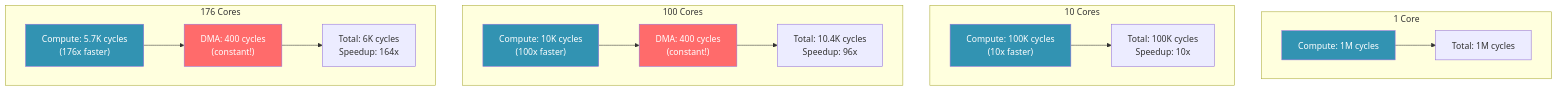
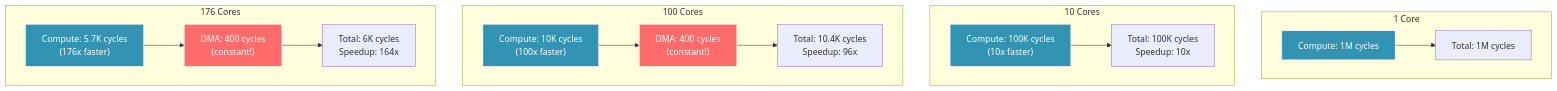
Before and after one commit to tenstorrent/tt-vscode-toolkit: the second of 2 diagrams in content/lessons/cs-fundamentals-03-parallelism.md, drawn with Mermaid. The commit also changed other lines of this file and 37 other files, not shown here.

````diff
--- a/content/lessons/cs-fundamentals-03-parallelism.md
+++ b/content/lessons/cs-fundamentals-03-parallelism.md
@@ -402,27 +402,27 @@
 ```mermaid
 graph TD
     subgraph "1 Core"
     A1["Compute: 1M cycles"] --> T1["Total: 1M cycles"]
     end
 
     subgraph "10 Cores"
     A10["Compute: 100K cycles<br/>(10x faster)"] --> T10["Total: 100K cycles<br/>Speedup: 10x"]
     end
 
     subgraph "100 Cores"
     A100["Compute: 10K cycles<br/>(100x faster)"] --> D100["DMA: 400 cycles<br/>(constant!)"]
     D100 --> T100["Total: 10.4K cycles<br/>Speedup: 96x"]
     end
 
     subgraph "176 Cores"
     A176["Compute: 5.7K cycles<br/>(176x faster)"] --> D176["DMA: 400 cycles<br/>(constant!)"]
     D176 --> T176["Total: 6K cycles<br/>Speedup: 164x"]
     end
 
-    style A1 fill:#3293b2,color:#fff
-    style A10 fill:#3293b2,color:#fff
-    style A100 fill:#3293b2,color:#fff
-    style A176 fill:#3293b2,color:#fff
-    style D100 fill:#ff6b6b,color:#fff
-    style D176 fill:#ff6b6b,color:#fff
+    style A1 fill:#3293b2,stroke:#fff,color:#fff
+    style A10 fill:#3293b2,stroke:#fff,color:#fff
+    style A100 fill:#3293b2,stroke:#fff,color:#fff
+    style A176 fill:#3293b2,stroke:#fff,color:#fff
+    style D100 fill:#ff6b6b,stroke:#fff,color:#fff
+    style D176 fill:#ff6b6b,stroke:#fff,color:#fff
 ```
````
